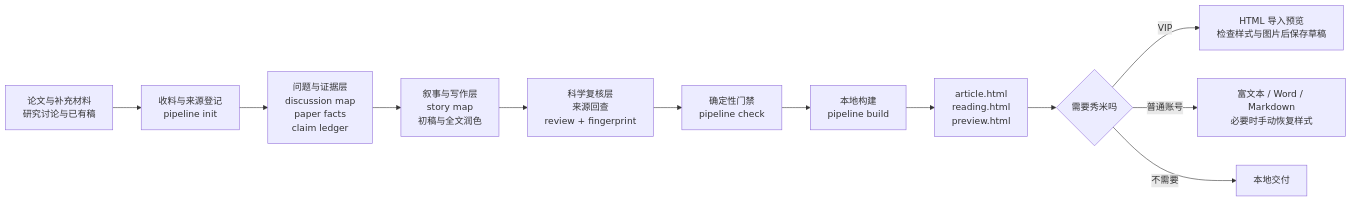
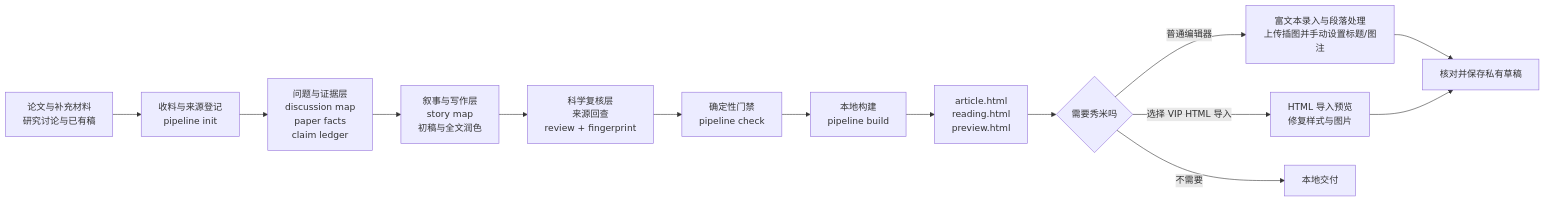
One commit to kainineo97/paper-weaver-zh changed the diagram in README.md. Above: the diagram before and after it, drawn with Mermaid. The commit also changed other lines of this file and 2 other files, not shown here.

````diff
--- a/README.md
+++ b/README.md
@@ -11,14 +11,16 @@
 ```mermaid
 flowchart LR
     A[论文与补充材料<br/>研究讨论与已有稿] --> B[收料与来源登记<br/>pipeline init]
     B --> C[问题与证据层<br/>discussion map<br/>paper facts<br/>claim ledger]
     C --> D[叙事与写作层<br/>story map<br/>初稿与全文润色]
     D --> E[科学复核层<br/>来源回查<br/>review + fingerprint]
     E --> F[确定性门禁<br/>pipeline check]
     F --> G[本地构建<br/>pipeline build]
     G --> H[article.html<br/>reading.html<br/>preview.html]
     H --> I{需要秀米吗}
-    I -->|VIP| J[HTML 导入预览<br/>检查样式与图片后保存草稿]
-    I -->|普通账号| K[富文本 / Word / Markdown<br/>必要时手动恢复样式]
+    I -->|普通编辑器| J[富文本录入与段落处理<br/>上传插图并手动设置标题/图注]
+    I -->|选择 VIP HTML 导入| K[HTML 导入预览<br/>修复样式与图片]
     I -->|不需要| L[本地交付]
+    J --> M[核对并保存私有草稿]
+    K --> M
 ```
````
